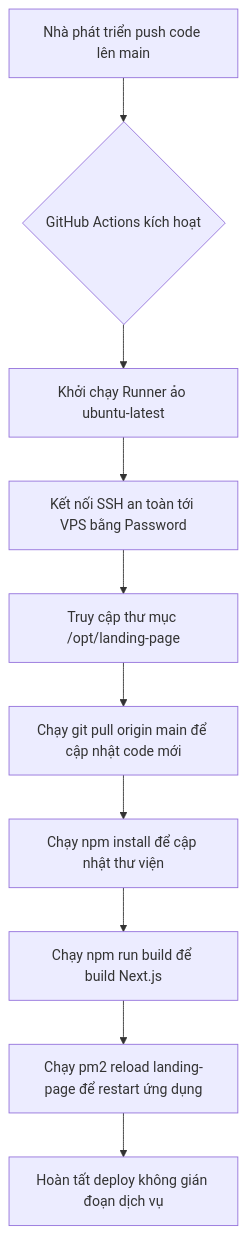
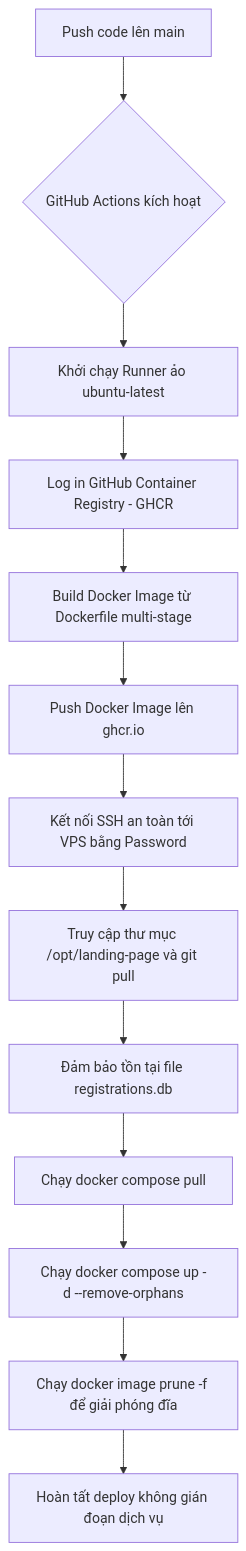
Before and after one commit to hoaibao3112/landing-page: the diagram in CODEBASE-DOCS/deployment.md, drawn with Mermaid. The commit also changed other lines of this file and 4 other files, not shown here.

Commit message:
feat(deploy): migrate deployment pipeline to Docker and Docker Compose

````diff
--- a/CODEBASE-DOCS/deployment.md
+++ b/CODEBASE-DOCS/deployment.md
@@ -9,12 +11,15 @@
 ```mermaid
 graph TD
-    A[Nhà phát triển push code lên main] --> B{GitHub Actions kích hoạt}
+    A[Push code lên main] --> B{GitHub Actions kích hoạt}
     B --> C[Khởi chạy Runner ảo ubuntu-latest]
-    C --> D[Kết nối SSH an toàn tới VPS bằng Password]
-    D --> E[Truy cập thư mục /opt/landing-page]
-    E --> F[Chạy git pull origin main để cập nhật code mới]
-    F --> G[Chạy npm install để cập nhật thư viện]
-    G --> H[Chạy npm run build để build Next.js]
-    H --> I[Chạy pm2 reload landing-page để restart ứng dụng]
-    I --> J[Hoàn tất deploy không gián đoạn dịch vụ]
+    C --> D[Log in GitHub Container Registry - GHCR]
+    D --> E[Build Docker Image từ Dockerfile multi-stage]
+    E --> F[Push Docker Image lên ghcr.io]
+    F --> G[Kết nối SSH an toàn tới VPS bằng Password]
+    G --> H[Truy cập thư mục /opt/landing-page và git pull]
+    H --> I[Đảm bảo tồn tại file registrations.db]
+    I --> J[Chạy docker compose pull]
+    J --> K[Chạy docker compose up -d --remove-orphans]
+    K --> L[Chạy docker image prune -f để giải phóng đĩa]
+    L --> M[Hoàn tất deploy không gián đoạn dịch vụ]
 ```
````
